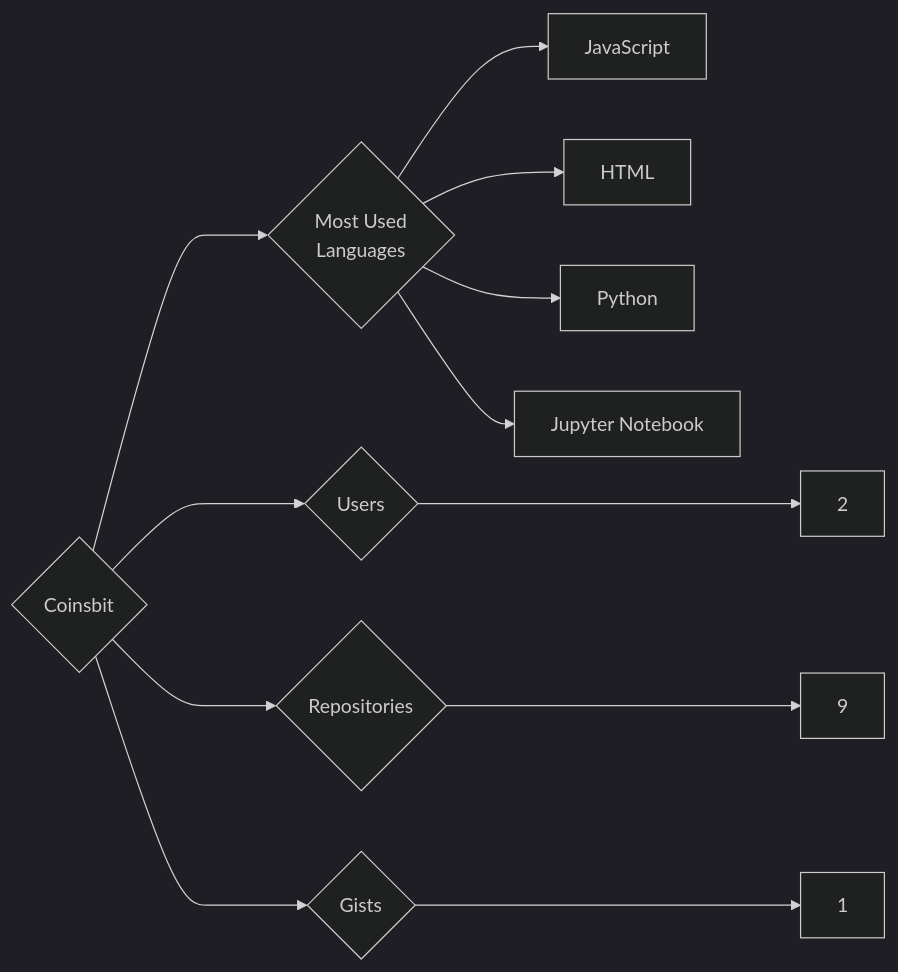
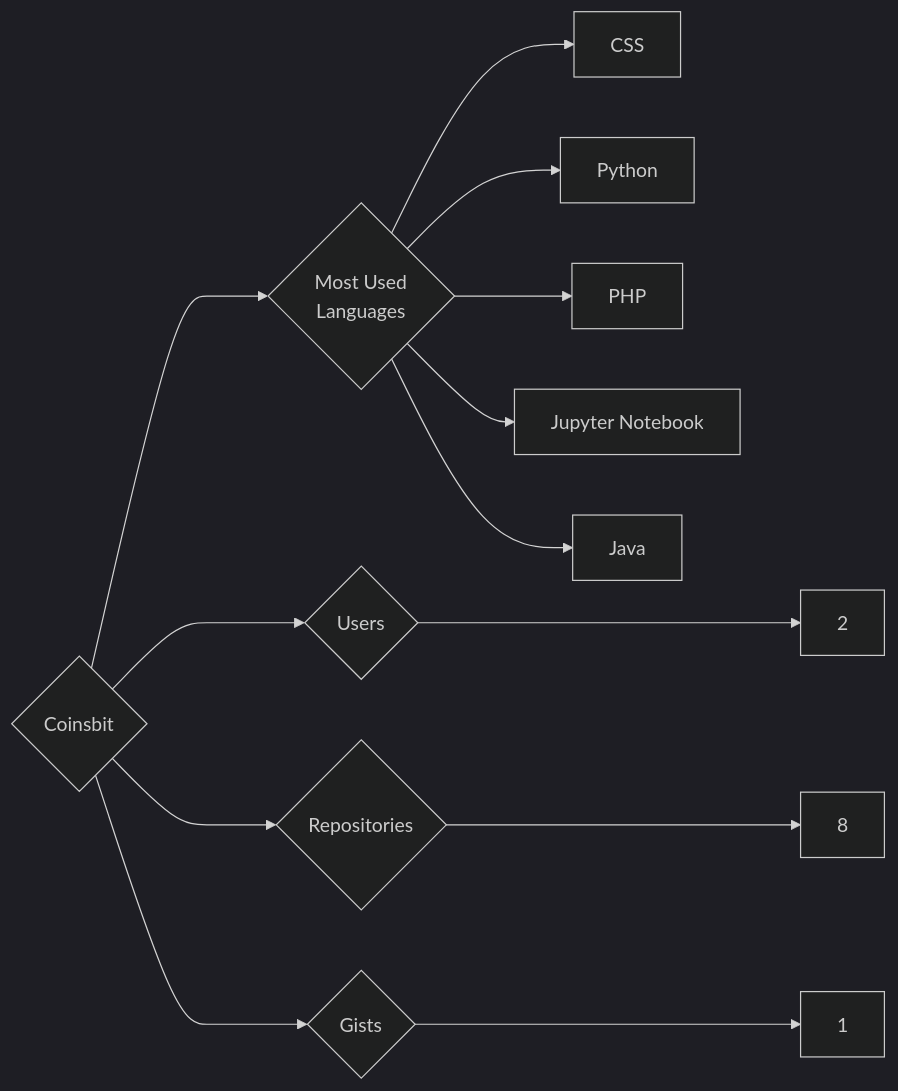
One commit to trickest/insiders changed the diagram in targets/Coinsbit/README.md. Above: the diagram before and after it, drawn with Mermaid (dark theme). The commit also changed 1175 other files, not shown here.

````diff
--- a/targets/Coinsbit/README.md
+++ b/targets/Coinsbit/README.md
@@ -3,12 +3,13 @@
 ```mermaid
 graph LR
 COMPANY_NAME{Coinsbit}
 COMPANY_NAME ---> U{Users} ---> UN[2]
-COMPANY_NAME ---> R{Repositories} ---> RN[9]
+COMPANY_NAME ---> R{Repositories} ---> RN[8]
 COMPANY_NAME ---> G{Gists} ---> GN[1]
 COMPANY_NAME ---> ML{Most Used<br>Languages}
-ML --> JavaScript[JavaScript]
-ML --> HTML[HTML]
+ML --> CSS[CSS]
 ML --> Python[Python]
+ML --> PHP[PHP]
 ML --> Jupyter_Notebook[Jupyter Notebook]
+ML --> Java[Java]
 ```
````
